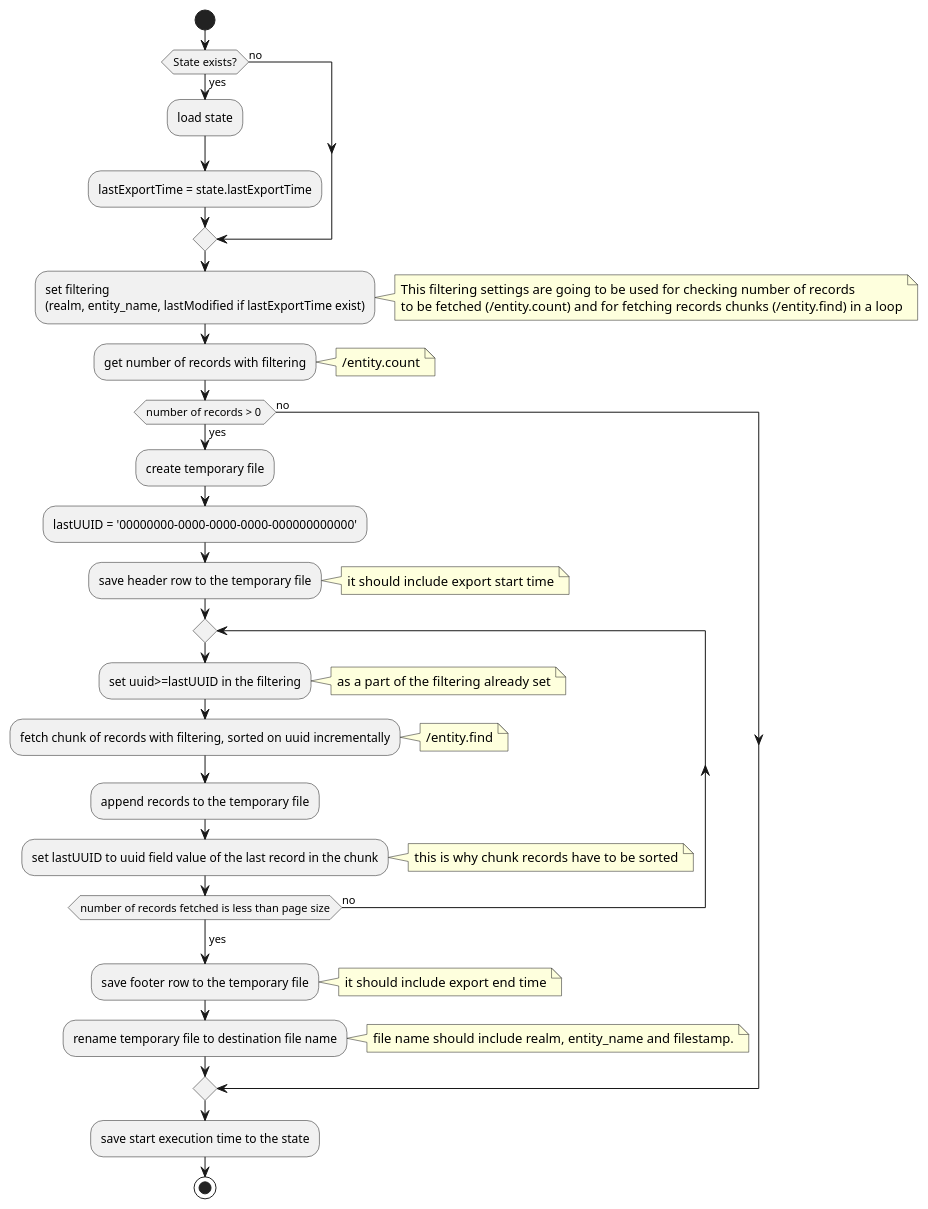
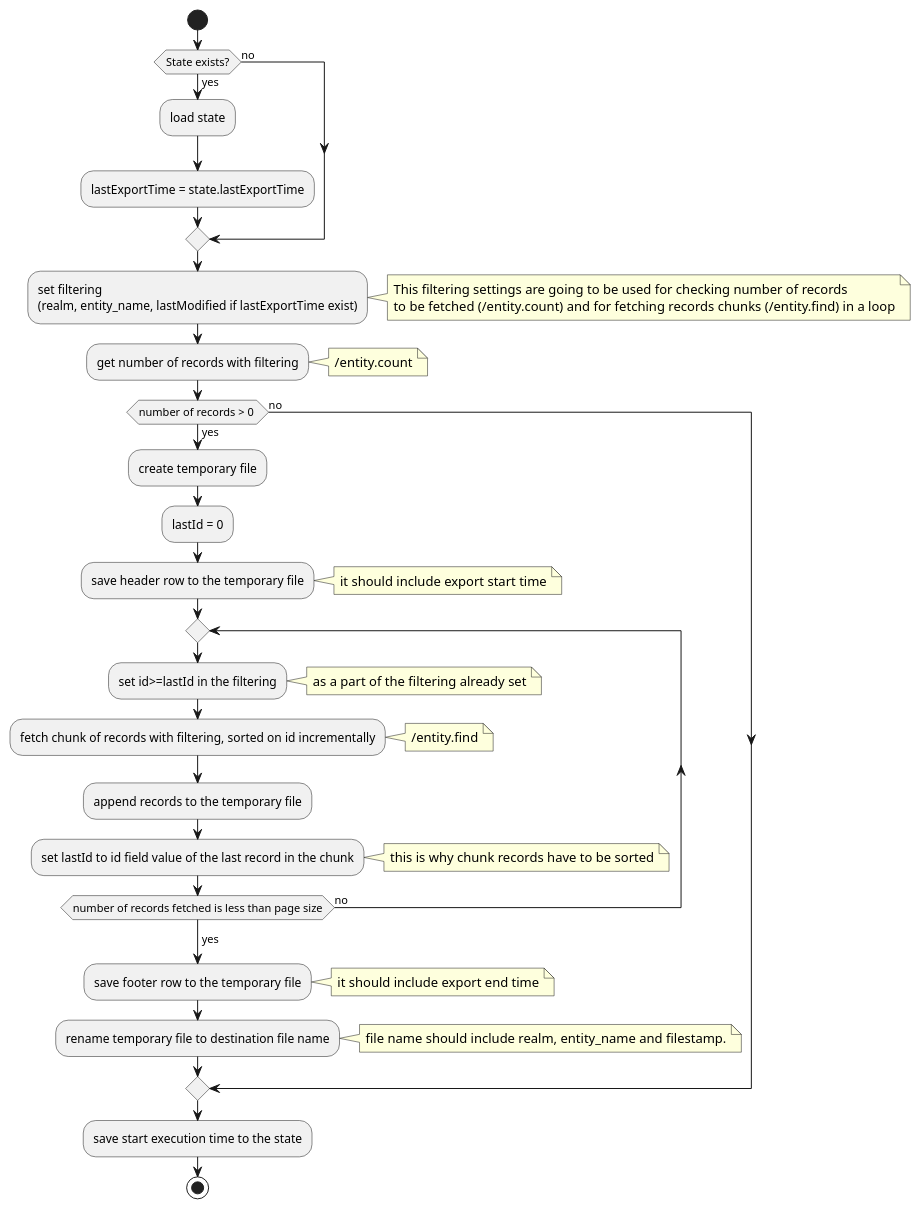
Before and after one commit to artursudnik-janrain/entities-export: the diagram in doc/algorithm.puml, drawn with PlantUML. The commit also changed 3 other files, not shown here.

Commit message:
v0.2.1 - changed field used for sorting from uuid to id

```diff
--- a/doc/algorithm.puml
+++ b/doc/algorithm.puml
@@ -1,66 +1,66 @@
 @startuml
 start
 
 if (State exists?) then (no)
 
 else (yes)
   :load state;
   :lastExportTime = state.lastExportTime;
 endif
 
 :set filtering
 (realm, entity_name, lastModified if lastExportTime exist);
 note right
     This filtering settings are going to be used for checking number of records
     to be fetched (/entity.count) and for fetching records chunks (/entity.find) in a loop
 end note
 
 
 :get number of records with filtering;
 note right
     /entity.count
 end note
 
 if (number of records > 0 ) then (yes)
     :create temporary file;
 
-    :lastUUID = '00000000-0000-0000-0000-000000000000';
+    :lastId = 0;
 
     :save header row to the temporary file;
     note right
         it should include export start time
     end note
 
     repeat
-        :set uuid>=lastUUID in the filtering;
+        :set id>=lastId in the filtering;
         note right
             as a part of the filtering already set
         end note
-        :fetch chunk of records with filtering, sorted on uuid incrementally;
+        :fetch chunk of records with filtering, sorted on id incrementally;
         note right
             /entity.find
         end note
 
         :append records to the temporary file;
-        :set lastUUID to uuid field value of the last record in the chunk;
+        :set lastId to id field value of the last record in the chunk;
         note right
             this is why chunk records have to be sorted
         end note
     repeat while (number of records fetched is less than page size) is (no)
     -> yes;
 
     :save footer row to the temporary file;
     note right
             it should include export end time
     end note
 
     :rename temporary file to destination file name;
 
     note right
         file name should include realm, entity_name and filestamp.
     end note
 else (no)
 endif
 :save start execution time to the state;
 stop
 @enduml
```
